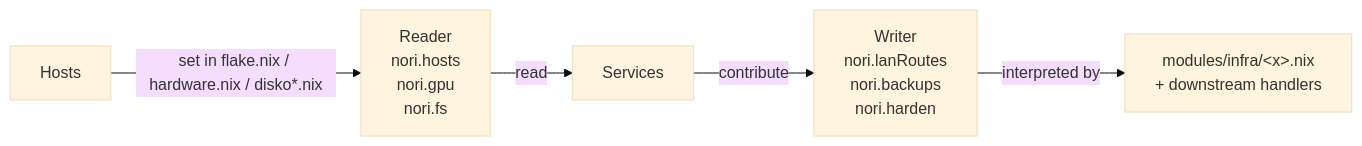
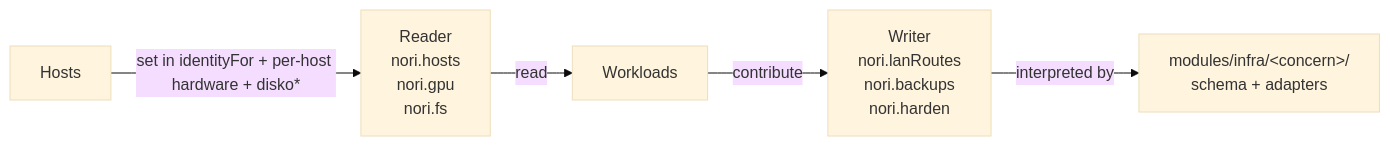
The diagram in docs/glossary.md (phibkro/homelab), drawn with Mermaid (base theme) before and after one commit. The commit also changed other lines of this file and 4 other files, not shown here.

````diff
--- a/docs/glossary.md
+++ b/docs/glossary.md
@@ -58,7 +60,7 @@
 ```mermaid
 flowchart LR
-  Hosts -- "set in flake.nix / hardware.nix / disko*.nix" --> R["Reader<br/>nori.hosts<br/>nori.gpu<br/>nori.fs"]
-  R -- read --> Services
-  Services -- "contribute" --> W["Writer<br/>nori.lanRoutes<br/>nori.backups<br/>nori.harden"]
-  W -- "interpreted by" --> G["modules/infra/&lt;x&gt;.nix<br/>+ downstream handlers"]
+  Hosts -- "set in identityFor + per-host hardware + disko*" --> R["Reader<br/>nori.hosts<br/>nori.gpu<br/>nori.fs"]
+  R -- read --> Workloads
+  Workloads -- "contribute" --> W["Writer<br/>nori.lanRoutes<br/>nori.backups<br/>nori.harden"]
+  W -- "interpreted by" --> G["modules/infra/&lt;concern&gt;/<br/>schema + adapters"]
 ```
````
